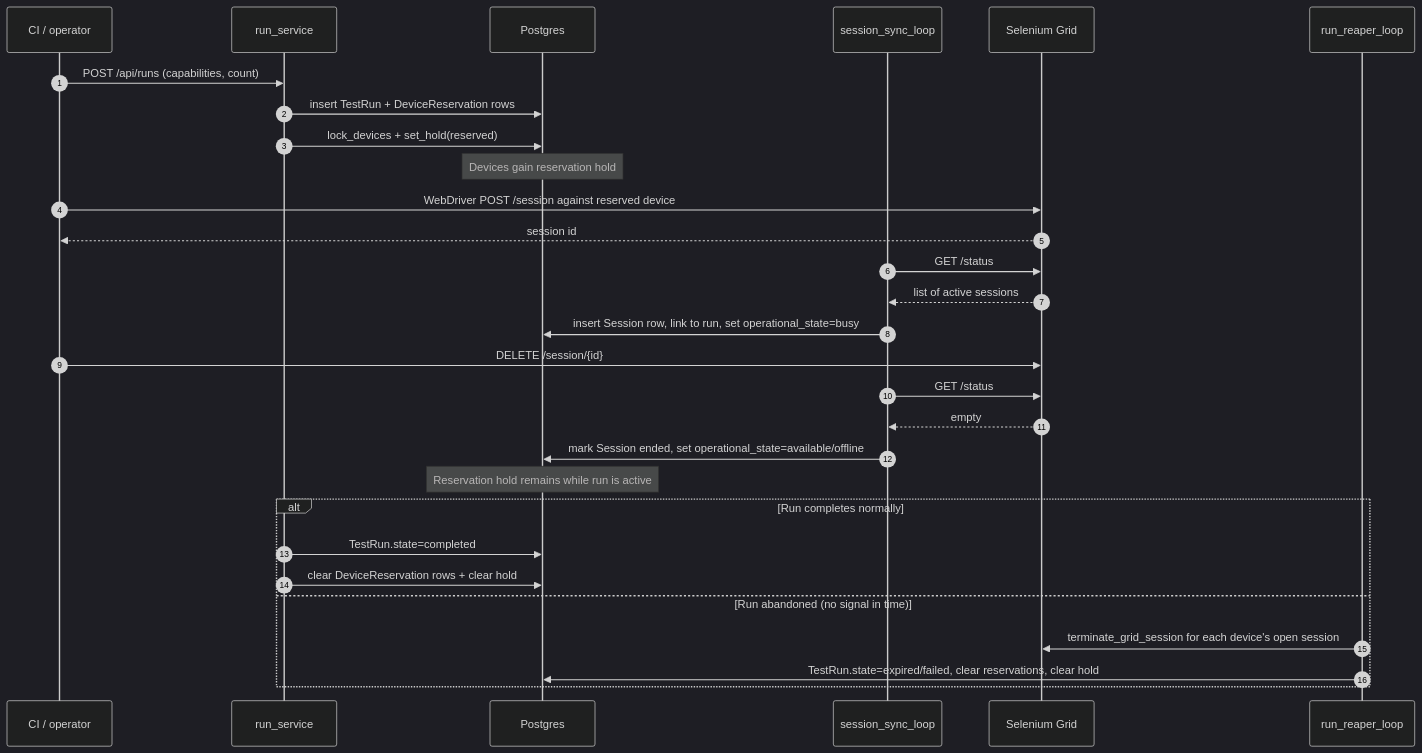
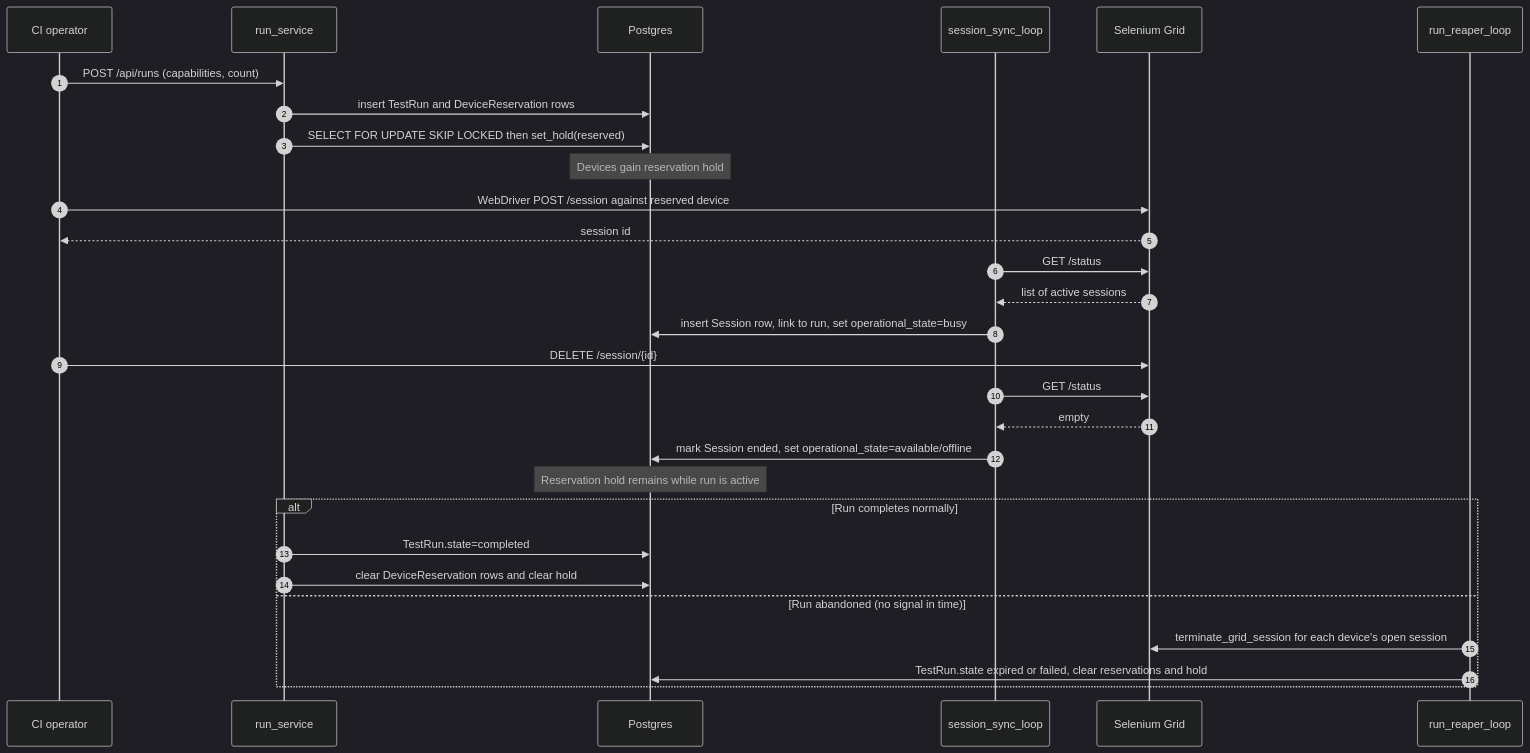
Before and after one commit to quidow/gridfleet: the second of 2 diagrams in docs/design/05-allocation-ports-sessions.md, drawn with Mermaid (dark theme). The commit also changed other lines of this file and 5 other files, not shown here.

Commit message:
docs(docs): fix design mermaid diagrams

````diff
--- a/docs/design/05-allocation-ports-sessions.md
+++ b/docs/design/05-allocation-ports-sessions.md
@@ -127,33 +134,33 @@
 ```mermaid
 sequenceDiagram
     autonumber
-    participant Client as CI / operator
+    participant Client as CI operator
     participant Run as run_service
     participant Pg as Postgres
     participant Sync as session_sync_loop
     participant Grid as Selenium Grid
     participant Reaper as run_reaper_loop
 
     Client->>Run: POST /api/runs (capabilities, count)
-    Run->>Pg: insert TestRun + DeviceReservation rows
-    Run->>Pg: lock_devices + set_hold(reserved)
+    Run->>Pg: insert TestRun and DeviceReservation rows
+    Run->>Pg: SELECT FOR UPDATE SKIP LOCKED then set_hold(reserved)
     Note over Pg: Devices gain reservation hold
     Client->>Grid: WebDriver POST /session against reserved device
     Grid-->>Client: session id
     Sync->>Grid: GET /status
     Grid-->>Sync: list of active sessions
     Sync->>Pg: insert Session row, link to run, set operational_state=busy
     Client->>Grid: DELETE /session/{id}
     Sync->>Grid: GET /status
     Grid-->>Sync: empty
     Sync->>Pg: mark Session ended, set operational_state=available/offline
     Note over Pg: Reservation hold remains while run is active
 
     alt Run completes normally
       Run->>Pg: TestRun.state=completed
-      Run->>Pg: clear DeviceReservation rows + clear hold
+      Run->>Pg: clear DeviceReservation rows and clear hold
     else Run abandoned (no signal in time)
       Reaper->>Grid: terminate_grid_session for each device's open session
-      Reaper->>Pg: TestRun.state=expired/failed, clear reservations, clear hold
+      Reaper->>Pg: TestRun.state expired or failed, clear reservations and hold
     end
 ```
````
